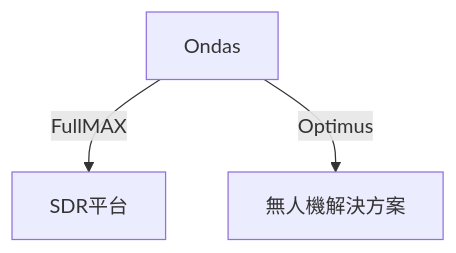
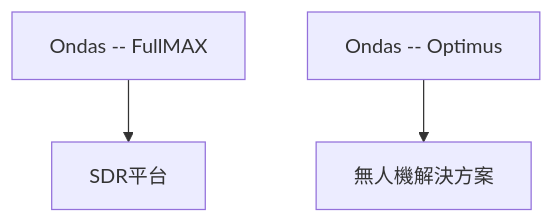
Before and after one commit to yennanliu/finance_data: the second of 11 diagrams in ai_gen_report/stock/onds/fundamental_analysis_2026-03-23_openai.md, drawn with Mermaid. The commit also changed other lines of this file and 2258 other files, not shown here.

First line of the commit message:
chore: backfill Mermaid syntax repair across existing reports

````diff
--- a/ai_gen_report/stock/onds/fundamental_analysis_2026-03-23_openai.md
+++ b/ai_gen_report/stock/onds/fundamental_analysis_2026-03-23_openai.md
@@ -65,5 +65,5 @@
 ```mermaid
 graph TD
-    Ondas -- FullMAX --> SDR平台
-    Ondas -- Optimus --> 無人機解決方案
+    nb1["Ondas -- FullMAX"] --> SDR平台
+    nb2["Ondas -- Optimus"] --> 無人機解決方案
 ```
````
